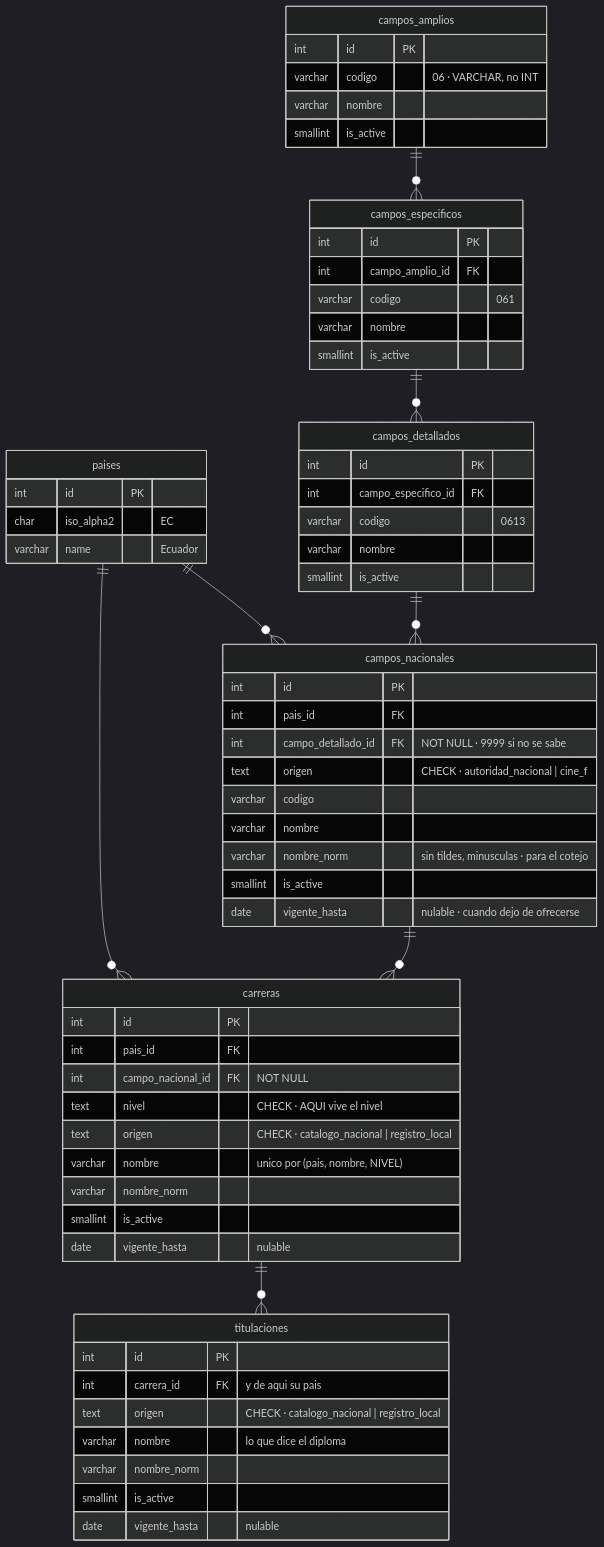
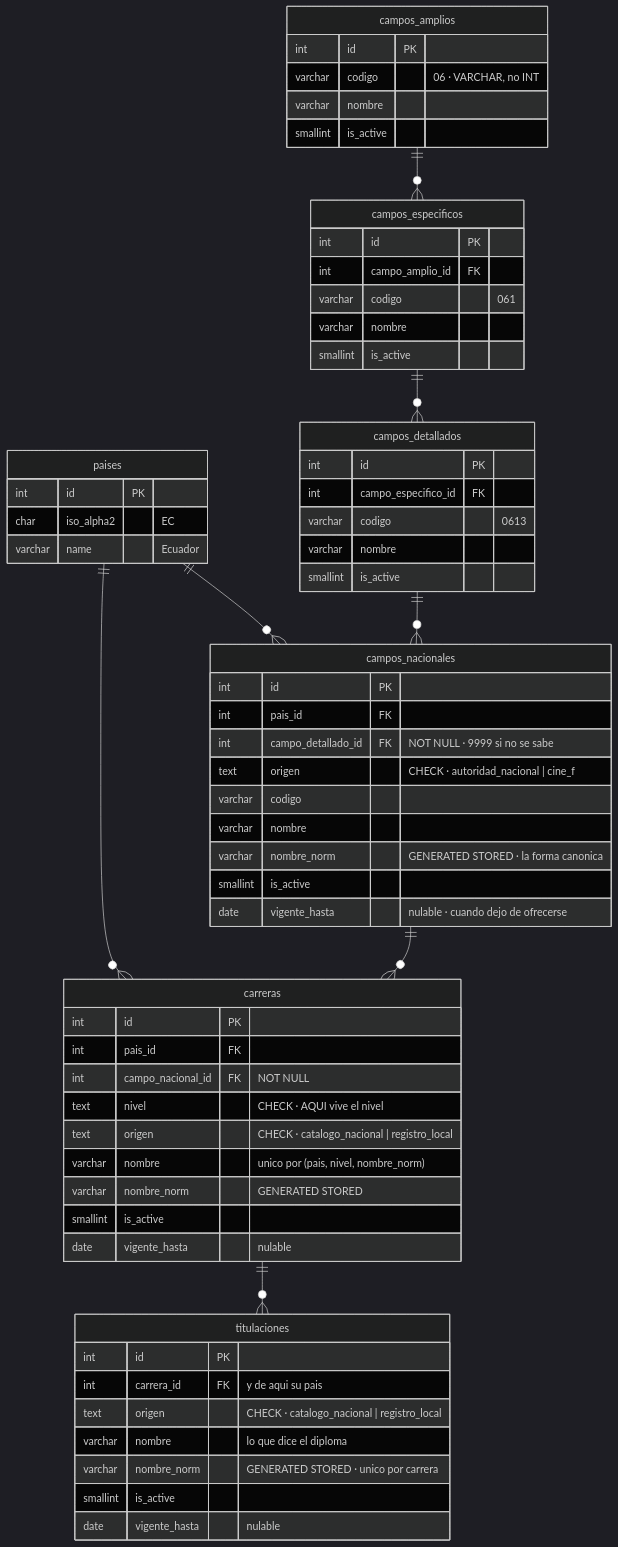
Before and after one commit to fresvel/deasy: the fifth of 8 diagrams in docs/src/content/docs/complemento/expediente.md, drawn with Mermaid (dark theme). The commit also changed other lines of this file and 1 other file, not shown here.

First line of the commit message:
docs(expediente): el cotejo en tres capas, y el /a lo impide el motor

````diff
--- a/docs/src/content/docs/complemento/expediente.md
+++ b/docs/src/content/docs/complemento/expediente.md
@@ -345,73 +345,73 @@
 ```mermaid
 erDiagram
   paises ||--o{ campos_nacionales : ""
   paises ||--o{ carreras : ""
   campos_amplios ||--o{ campos_especificos : ""
   campos_especificos ||--o{ campos_detallados : ""
   campos_detallados ||--o{ campos_nacionales : ""
   campos_nacionales ||--o{ carreras : ""
   carreras ||--o{ titulaciones : ""
 
   paises {
     int id PK
     char iso_alpha2 "EC"
     varchar name "Ecuador"
   }
 
   campos_amplios {
     int id PK
     varchar codigo "06 · VARCHAR, no INT"
     varchar nombre
     smallint is_active
   }
 
   campos_especificos {
     int id PK
     int campo_amplio_id FK
     varchar codigo "061"
     varchar nombre
     smallint is_active
   }
 
   campos_detallados {
     int id PK
     int campo_especifico_id FK
     varchar codigo "0613"
     varchar nombre
     smallint is_active
   }
 
   campos_nacionales {
     int id PK
     int pais_id FK
     int campo_detallado_id FK "NOT NULL · 9999 si no se sabe"
     text origen "CHECK · autoridad_nacional | cine_f"
     varchar codigo
     varchar nombre
-    varchar nombre_norm "sin tildes, minusculas · para el cotejo"
+    varchar nombre_norm "GENERATED STORED · la forma canonica"
     smallint is_active
     date vigente_hasta "nulable · cuando dejo de ofrecerse"
   }
 
   carreras {
     int id PK
     int pais_id FK
     int campo_nacional_id FK "NOT NULL"
     text nivel "CHECK · AQUI vive el nivel"
     text origen "CHECK · catalogo_nacional | registro_local"
-    varchar nombre "unico por (pais, nombre, NIVEL)"
-    varchar nombre_norm
+    varchar nombre "unico por (pais, nivel, nombre_norm)"
+    varchar nombre_norm "GENERATED STORED"
     smallint is_active
     date vigente_hasta "nulable"
   }
 
   titulaciones {
     int id PK
     int carrera_id FK "y de aqui su pais"
     text origen "CHECK · catalogo_nacional | registro_local"
     varchar nombre "lo que dice el diploma"
-    varchar nombre_norm
+    varchar nombre_norm "GENERATED STORED · unico por carrera"
     smallint is_active
     date vigente_hasta "nulable"
   }
 ```
````
